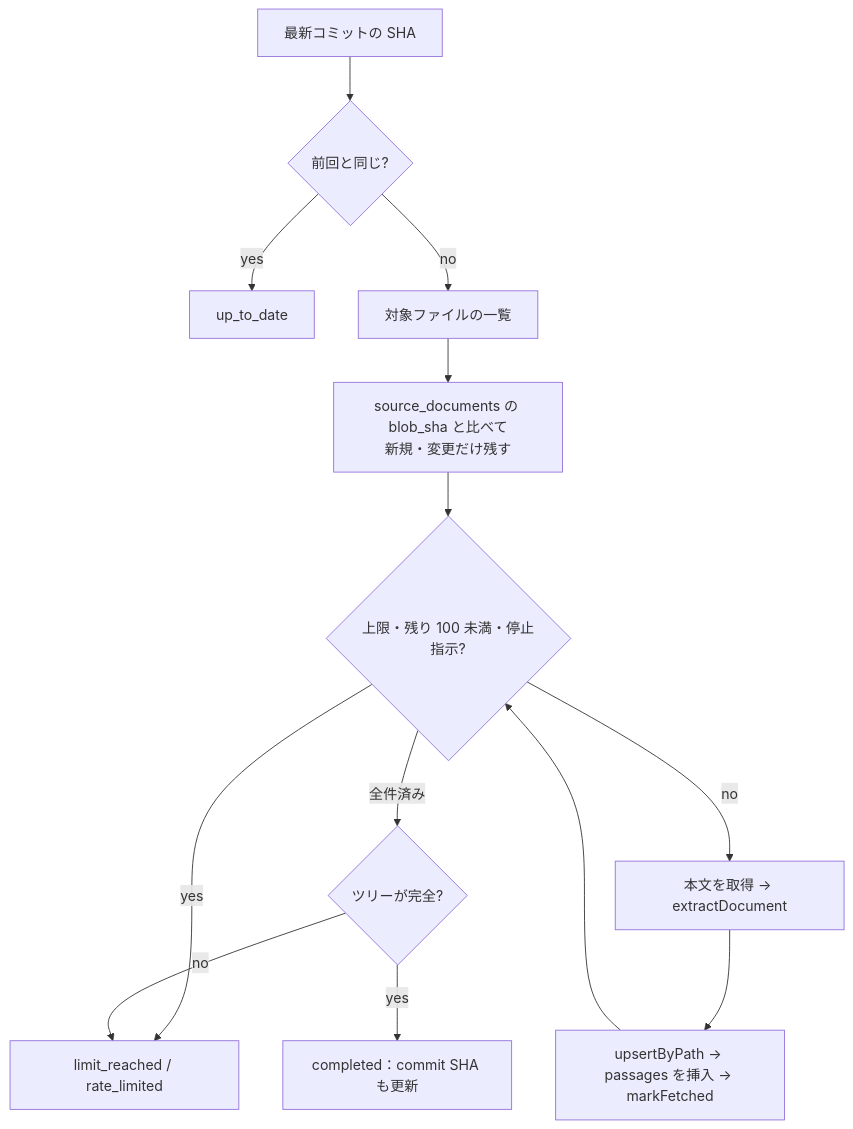
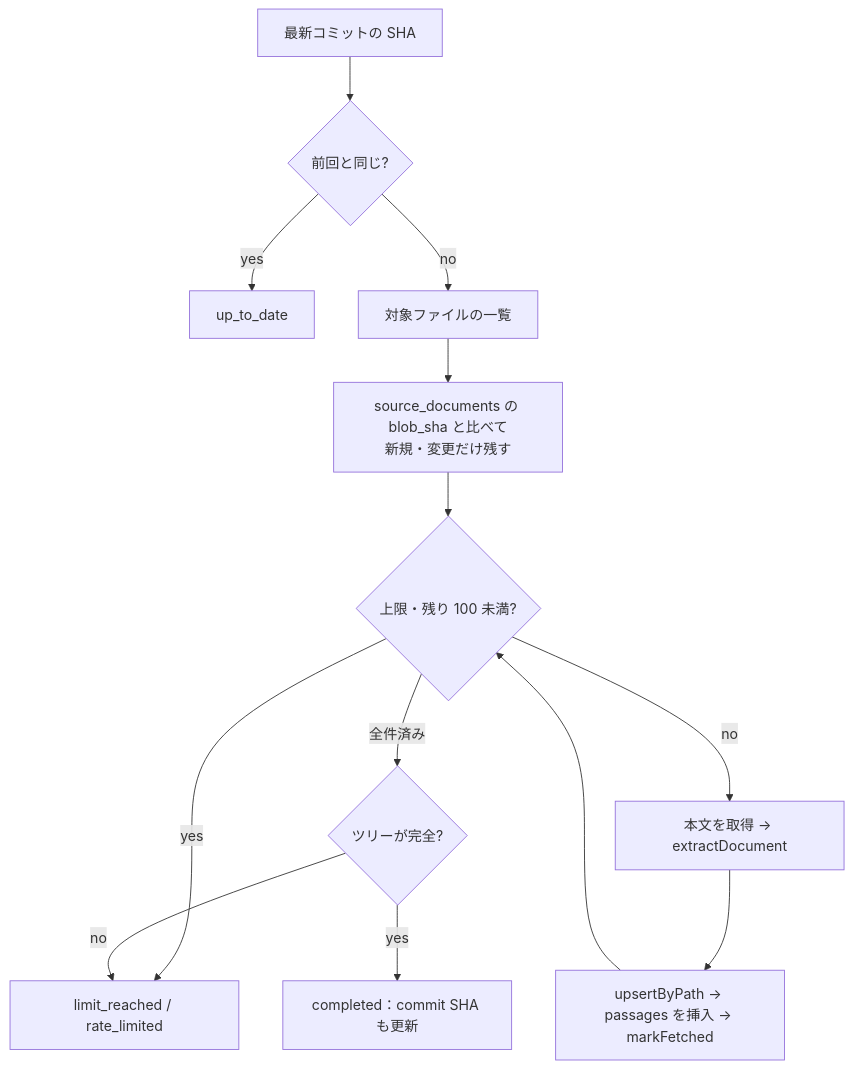
One commit to kentakki416/tech-english changed the diagram in docs/spec/content-collection/tasks/step5-cron-collect-github.md. Above: the diagram before and after it, drawn with Mermaid. The commit also changed other lines of this file and 37 other files, not shown here.

````diff
--- a/docs/spec/content-collection/tasks/step5-cron-collect-github.md
+++ b/docs/spec/content-collection/tasks/step5-cron-collect-github.md
@@ -164,15 +164,15 @@
 ```mermaid
 flowchart TD
     A[最新コミットの SHA] --> B{前回と同じ?}
     B -- yes --> U[up_to_date]
     B -- no --> C[対象ファイルの一覧]
     C --> D[source_documents の blob_sha と比べて<br/>新規・変更だけ残す]
-    D --> E{上限・残り 100 未満・停止指示?}
+    D --> E{上限・残り 100 未満?}
     E -- yes --> L[limit_reached / rate_limited]
     E -- no --> F[本文を取得 → extractDocument]
     F --> G[upsertByPath → passages を挿入 → markFetched]
     G --> E
     E -- 全件済み --> H{ツリーが完全?}
     H -- yes --> K[completed：commit SHA も更新]
     H -- no --> L
 ```
````
